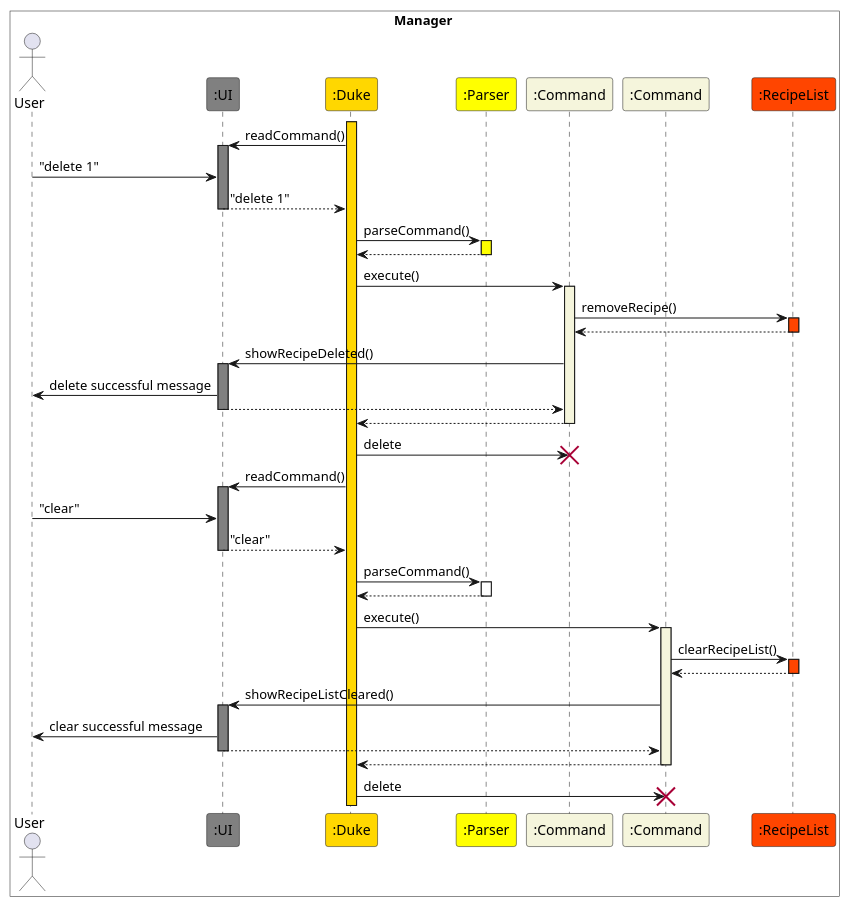
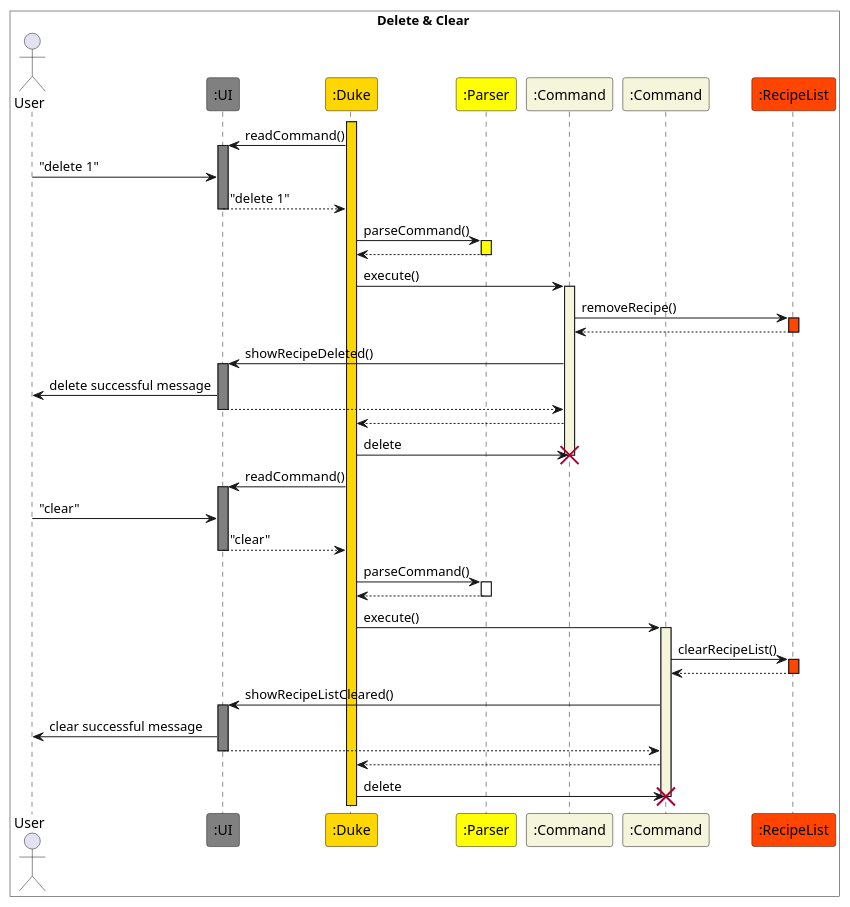
Before and after one commit to nus-cs2113-AY2223S2/tp: the diagram in docs/PlantUML/RecipeManage_Delete_Clear.puml, drawn with PlantUML. The commit also changed 15 other files, not shown here.

Commit message:
Fixes the deactivation of Commands in sequence diagram to extend until the "X" of the destroy call

```diff
--- a/docs/PlantUML/RecipeManage_Delete_Clear.puml
+++ b/docs/PlantUML/RecipeManage_Delete_Clear.puml
@@ -1,61 +1,63 @@
-@startuml RecipeManage 
-box Manager #White
+@startuml RecipeManage_Delete_Clear
+box Delete & Clear #White
 Actor User 
 participant ":UI" as UI #Gray
 participant ":Duke" as Duke #Gold
 participant ":Parser" as Parser #Yellow
 participant ":Command" as Command3 #Beige
 participant ":Command" as Command4 #Beige
 participant ":RecipeList" as RecipeList #OrangeRed
 end box
 
 activate Duke #Gold
 Duke -> UI : readCommand()
 activate UI #Gray
 User -> UI : "delete 1"
 UI --> Duke : "delete 1"
 deactivate UI
 Duke -> Parser : parseCommand()
 activate Parser #Yellow
 Parser --> Duke
 deactivate Parser
 Duke -> Command3 : execute()
 activate Command3 #Beige
 Command3 -> RecipeList : removeRecipe()
 activate RecipeList #OrangeRed
 RecipeList --> Command3
 deactivate RecipeList
 Command3 -> UI : showRecipeDeleted()
 activate UI #Gray
 UI -> User : delete successful message
 UI --> Command3
 deactivate UI
 Command3 --> Duke
+Duke -> Command3 : delete
 deactivate Command3
-Duke -> Command3 : delete
 destroy Command3
 Duke -> UI : readCommand()
 activate UI #Gray
 User -> UI : "clear"
 UI --> Duke : "clear"
 deactivate UI
 Duke -> Parser : parseCommand()
 activate Parser
 Parser --> Duke
 deactivate Parser
 Duke -> Command4 : execute()
 activate Command4 #Beige
 Command4 -> RecipeList : clearRecipeList()
 activate RecipeList #OrangeRed
 RecipeList --> Command4
 deactivate RecipeList
 Command4 -> UI : showRecipeListCleared()
 activate UI #Gray
 UI -> User : clear successful message
 UI --> Command4
 deactivate UI
 Command4 --> Duke
+Duke -> Command4 : delete
 deactivate Command4
-Duke -> Command4 : delete
 destroy Command4
+
+
 @enduml
```
